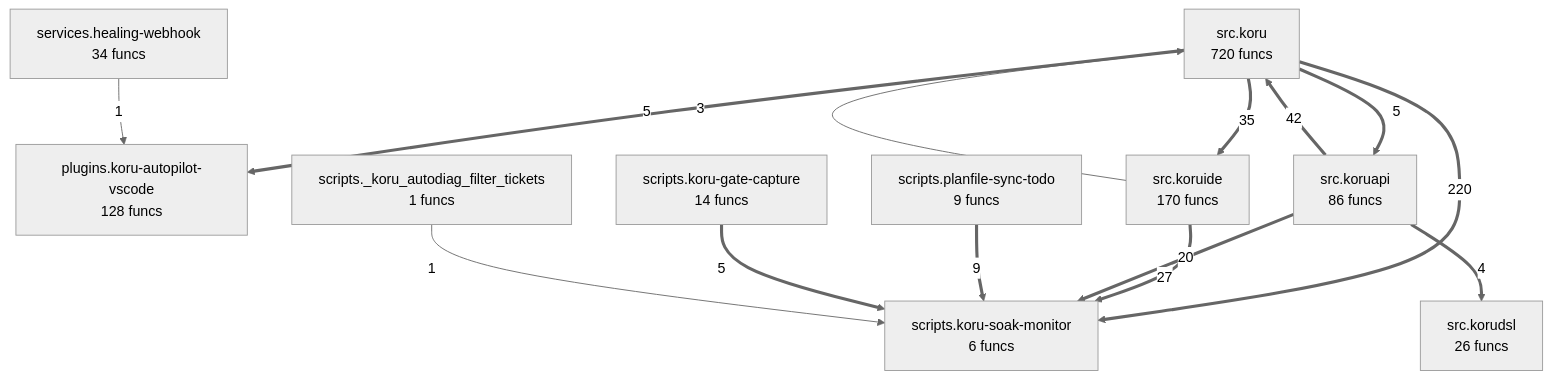
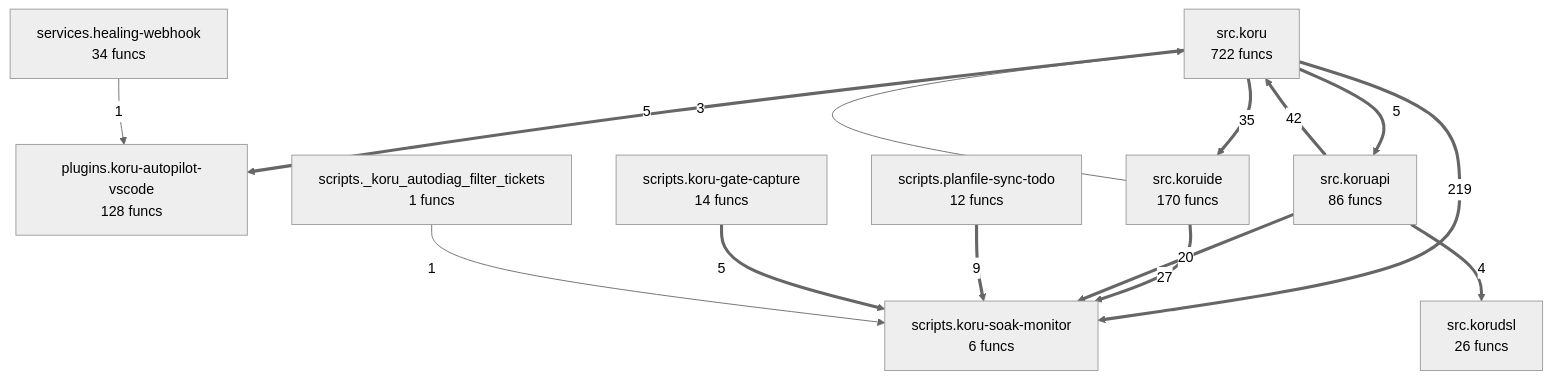
The diagram in project/compact_flow.mmd (semcod/koru), drawn with Mermaid (neutral theme) before and after one commit. The commit also changed 33 other files, not shown here.

```diff
--- a/project/compact_flow.mmd
+++ b/project/compact_flow.mmd
@@ -1,25 +1,25 @@
 flowchart TD
-%% generated in 0.03s
+%% generated in 0.06s
     plugins__koru_autopilot_vscode["plugins.koru-autopilot-vscode<br/>128 funcs"]
     scripts___koru_autodiag_filter_tickets["scripts._koru_autodiag_filter_tickets<br/>1 funcs"]
     scripts__koru_gate_capture["scripts.koru-gate-capture<br/>14 funcs"]
     scripts__koru_soak_monitor["scripts.koru-soak-monitor<br/>6 funcs"]
-    scripts__planfile_sync_todo["scripts.planfile-sync-todo<br/>9 funcs"]
+    scripts__planfile_sync_todo["scripts.planfile-sync-todo<br/>12 funcs"]
     services__healing_webhook["services.healing-webhook<br/>34 funcs"]
-    src__koru["src.koru<br/>720 funcs"]
+    src__koru["src.koru<br/>722 funcs"]
     src__koruapi["src.koruapi<br/>86 funcs"]
     src__korudsl["src.korudsl<br/>26 funcs"]
     src__koruide["src.koruide<br/>170 funcs"]
-    src__koru ==>|220| scripts__koru_soak_monitor
+    src__koru ==>|219| scripts__koru_soak_monitor
     src__koruapi ==>|42| src__koru
     src__koru ==>|35| src__koruide
     src__koruide ==>|27| scripts__koru_soak_monitor
     src__koruapi ==>|20| scripts__koru_soak_monitor
     scripts__planfile_sync_todo ==>|9| scripts__koru_soak_monitor
     src__koru ==>|5| plugins__koru_autopilot_vscode
     src__koru ==>|5| src__koruapi
     scripts__koru_gate_capture ==>|5| scripts__koru_soak_monitor
     src__koruapi ==>|4| src__korudsl
     src__koruide -->|3| src__koru
     services__healing_webhook -->|1| plugins__koru_autopilot_vscode
     scripts___koru_autodiag_filter_tickets -->|1| scripts__koru_soak_monitor
```
